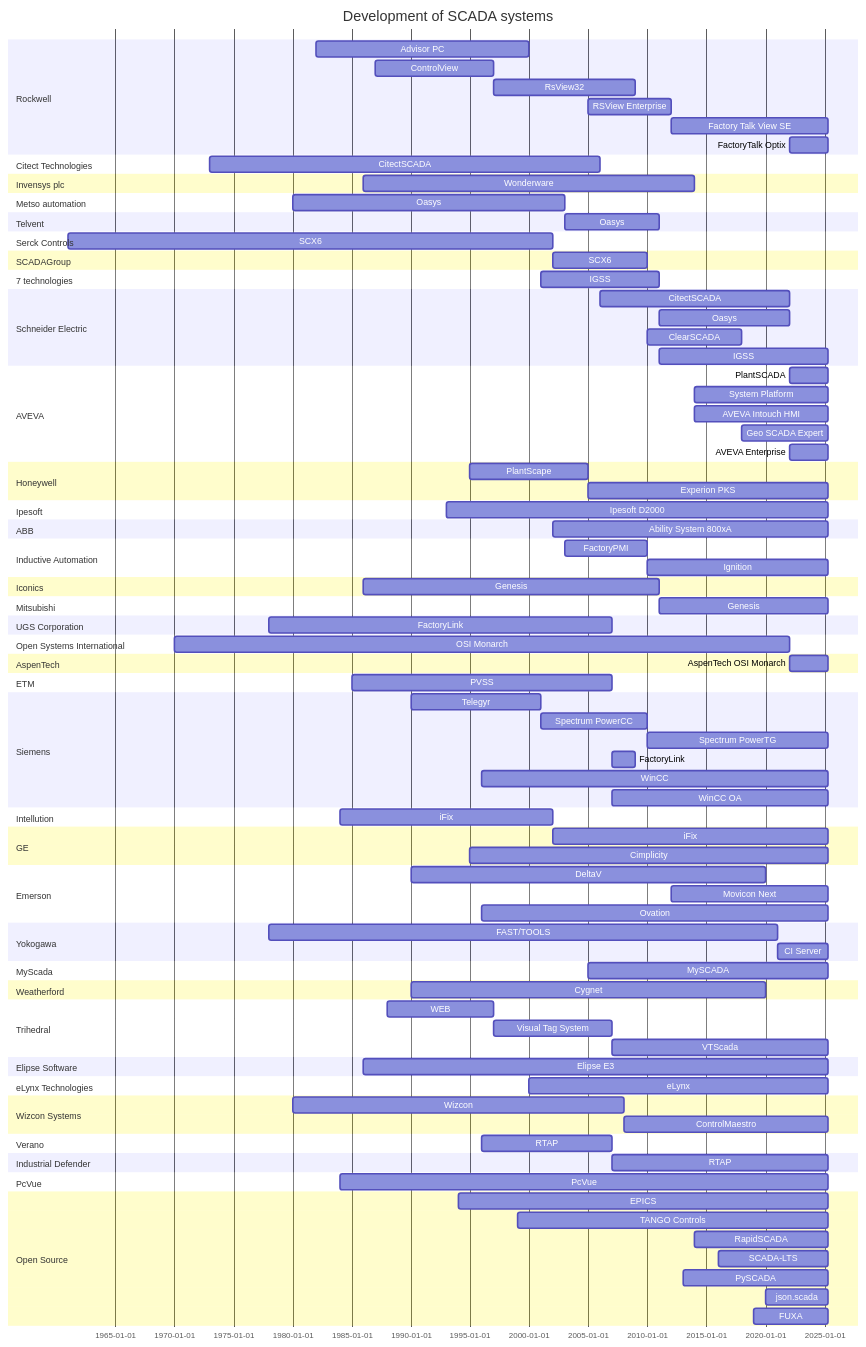
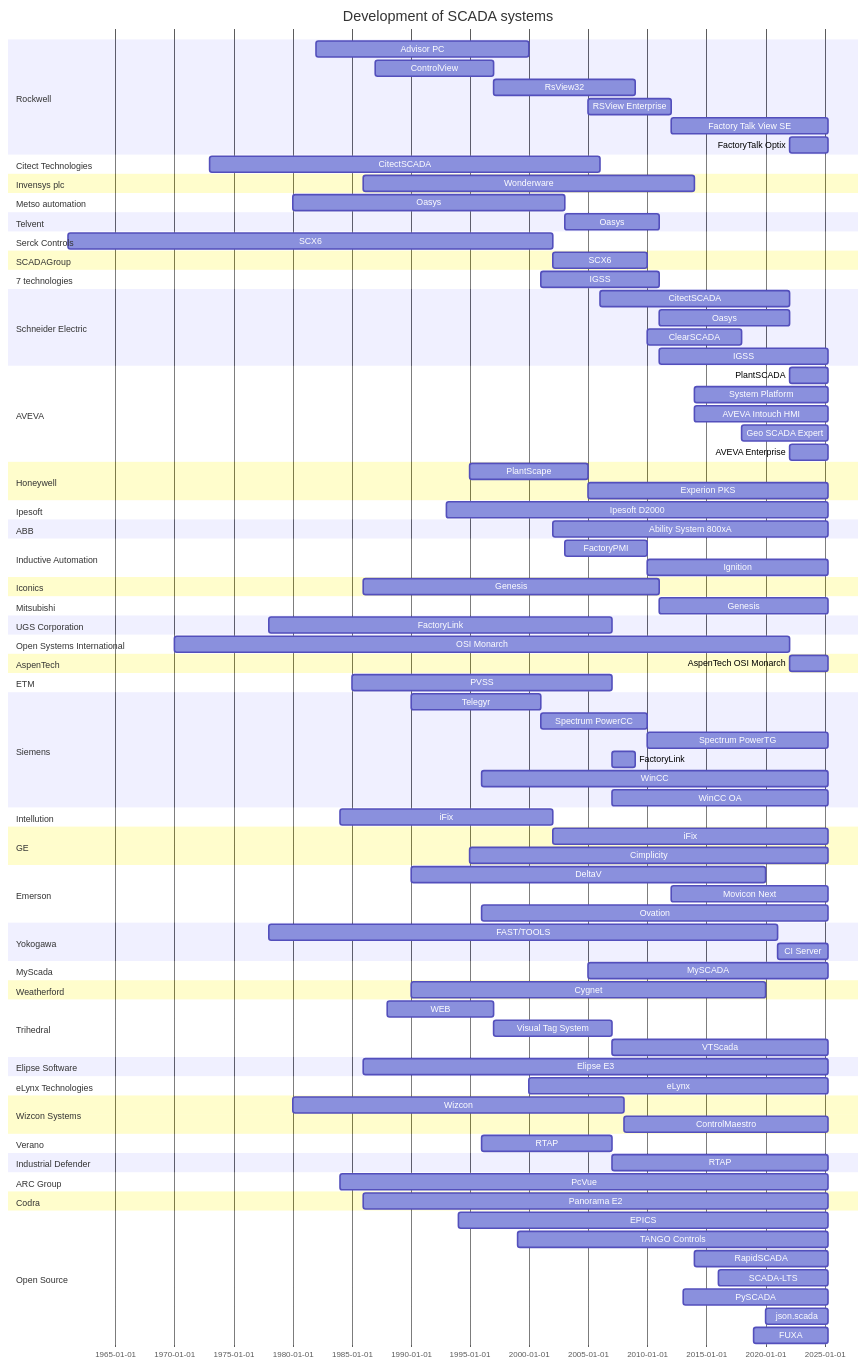
Before and after one commit to hutcheb/scada-timeline: the diagram in README.md, drawn with Mermaid.

Commit message:
feat: Add Panorama

```diff
--- a/README.md
+++ b/README.md
@@ -138,8 +138,10 @@
         RTAP : rtap, 1996, 2007
     section Industrial Defender
         RTAP : after rtap, until 2025
-    section PcVue
-        PcVue : pcvue, 1984, until 2025    
+    section ARC Group
+        PcVue : pcvue, 1984, until 2025
+    section Codra
+        Panorama E2 : panorama, 1986, until 2025   
     section Open Source
         %%(https://en.wikipedia.org/wiki/EPICS)
         EPICS : epics, 1994, until 2025
```
